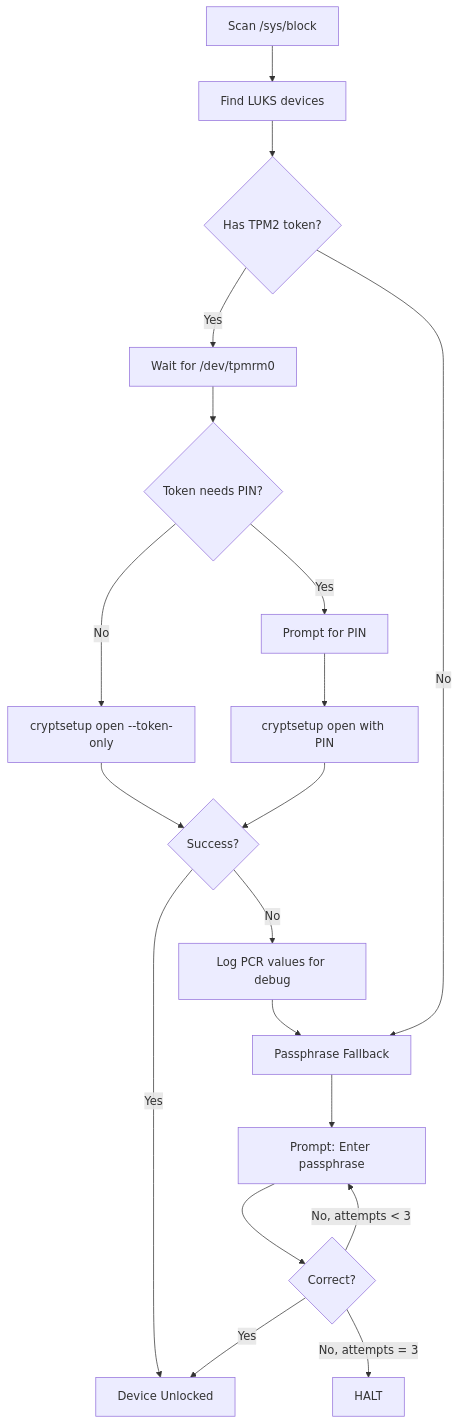
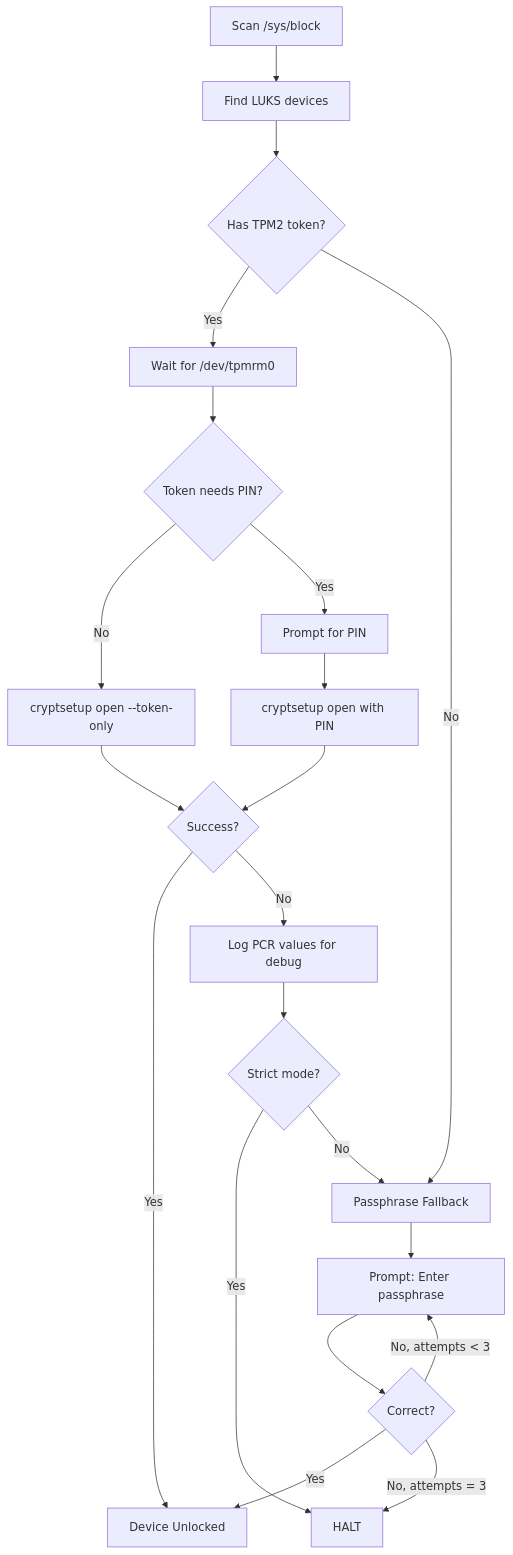
Before and after one commit to zaolin/vanguard: the sixth of 13 diagrams in docs/boot-flow.md, drawn with Mermaid. The commit also changed other lines of this file and 7 other files, not shown here.

````diff
--- a/docs/boot-flow.md
+++ b/docs/boot-flow.md
@@ -150,26 +152,28 @@
 ```mermaid
 flowchart TD
     A[Scan /sys/block] --> B[Find LUKS devices]
     B --> D{Has TPM2 token?}
-    
+
     D -->|Yes| E[Wait for /dev/tpmrm0]
     D -->|No| K
-    
+
     E --> F{Token needs PIN?}
     F -->|No| G[cryptsetup open --token-only]
     F -->|Yes| H[Prompt for PIN]
     H --> I[cryptsetup open with PIN]
-    
+
     G --> J{Success?}
     I --> J
-    
+
     J -->|Yes| L[Device Unlocked]
     J -->|No| M[Log PCR values for debug]
-    M --> K[Passphrase Fallback]
-    
+    M --> StrictCheck{Strict mode?}
+    StrictCheck -->|Yes| P[HALT]
+    StrictCheck -->|No| K[Passphrase Fallback]
+
     K --> N[Prompt: Enter passphrase]
     N --> O{Correct?}
     O -->|Yes| L
     O -->|No, attempts < 3| N
-    O -->|No, attempts = 3| P[HALT]
+    O -->|No, attempts = 3| P
 ```
````
